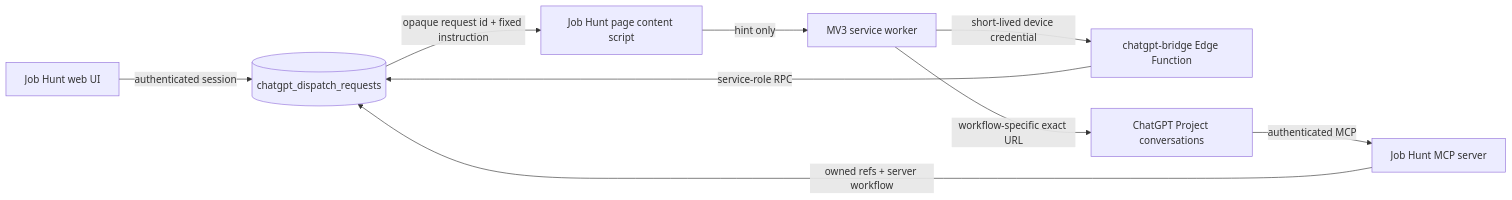
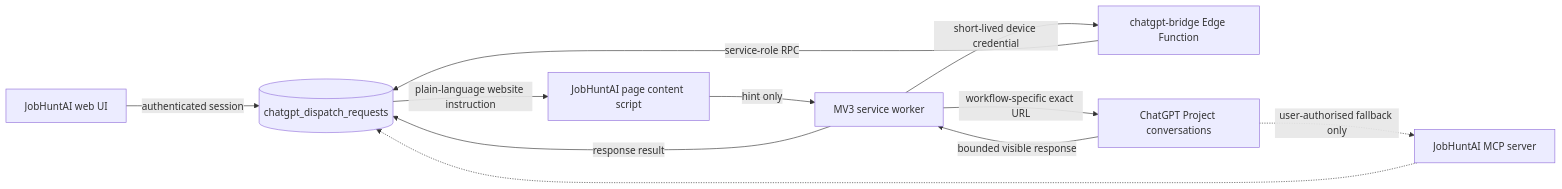
One commit to YashSooriya/job-hunt-console changed the diagram in docs/CHATGPT_BRIDGE.md. Above: the diagram before and after it, drawn with Mermaid. The commit also changed other lines of this file and 125 other files, not shown here.

````diff
--- a/docs/CHATGPT_BRIDGE.md
+++ b/docs/CHATGPT_BRIDGE.md
@@ -7,11 +7,13 @@
 ```mermaid
 flowchart LR
-  UI[Job Hunt web UI] -->|authenticated session| D[(chatgpt_dispatch_requests)]
-  D -->|opaque request id + fixed instruction| P[Job Hunt page content script]
+  UI[JobHuntAI web UI] -->|authenticated session| D[(chatgpt_dispatch_requests)]
+  D -->|plain-language website instruction| P[JobHuntAI page content script]
   P -->|hint only| E[MV3 service worker]
   E -->|short-lived device credential| B[chatgpt-bridge Edge Function]
   B -->|service-role RPC| D
   E -->|workflow-specific exact URL| C[ChatGPT Project conversations]
-  C -->|authenticated MCP| M[Job Hunt MCP server]
-  M -->|owned refs + server workflow| D
+  C -->|bounded visible response| E
+  E -->|response result| D
+  C -.->|user-authorised fallback only| M[JobHuntAI MCP server]
+  M -.-> D
 ```
````
